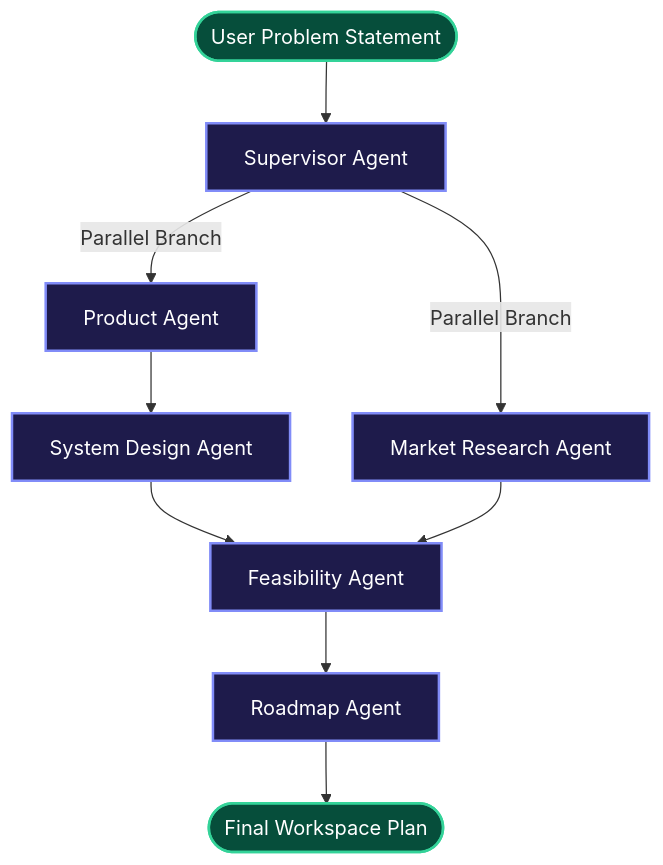
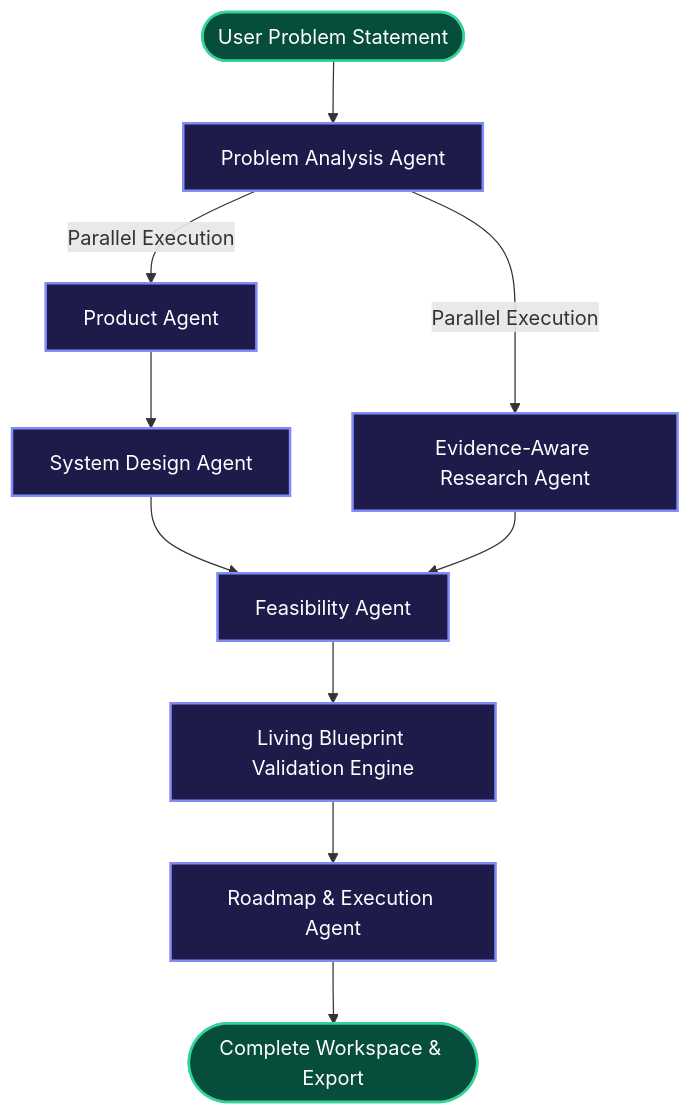
One commit to jmurarka/athena changed the diagram in README.md. Above: the diagram before and after it, drawn with Mermaid. The commit also changed other lines of this file and 32 other files, not shown here.

Commit message:
feat: complete full multi-agent pipeline, living blueprint validation, canvas export, and robust fallbacks

````diff
--- a/README.md
+++ b/README.md
@@ -11,25 +11,26 @@
 ```mermaid
 graph TD
-    Start([User Problem Statement]) --> Supervisor[Supervisor Agent]
+    Start([User Problem Statement]) --> ProblemAnalysis[Problem Analysis Agent]
     
-    %% Parallel Executions
-    Supervisor --> |Parallel Branch| Product[Product Agent]
-    Supervisor --> |Parallel Branch| Market[Market Research Agent]
+    %% Parallel Execution Branch
+    ProblemAnalysis --> |Parallel Execution| Product[Product Agent]
+    ProblemAnalysis --> |Parallel Execution| Market[Evidence-Aware Research Agent]
     
     %% Sequential Downstreams
     Product --> SystemDesign[System Design Agent]
     
     %% Joins and Synchronization
     SystemDesign --> Feasibility[Feasibility Agent]
     Market --> Feasibility[Feasibility Agent]
     
-    %% Final Deliverables
-    Feasibility --> Roadmap[Roadmap Agent]
-    Roadmap --> Done([Final Workspace Plan])
+    %% Living Blueprint & Roadmap
+    Feasibility --> Validation[Living Blueprint Validation Engine]
+    Validation --> Roadmap[Roadmap & Execution Agent]
+    Roadmap --> Done([Complete Workspace & Export])
 
     %% Styling
     classDef agent fill:#1e1b4b,stroke:#818cf8,stroke-width:2px,color:#fff;
     classDef startNode fill:#064e3b,stroke:#34d399,stroke-width:2px,color:#fff;
-    class Supervisor,Product,Market,SystemDesign,Feasibility,Roadmap agent;
+    class ProblemAnalysis,Product,Market,SystemDesign,Feasibility,Validation,Roadmap agent;
     class Start,Done startNode;
 ```
````
